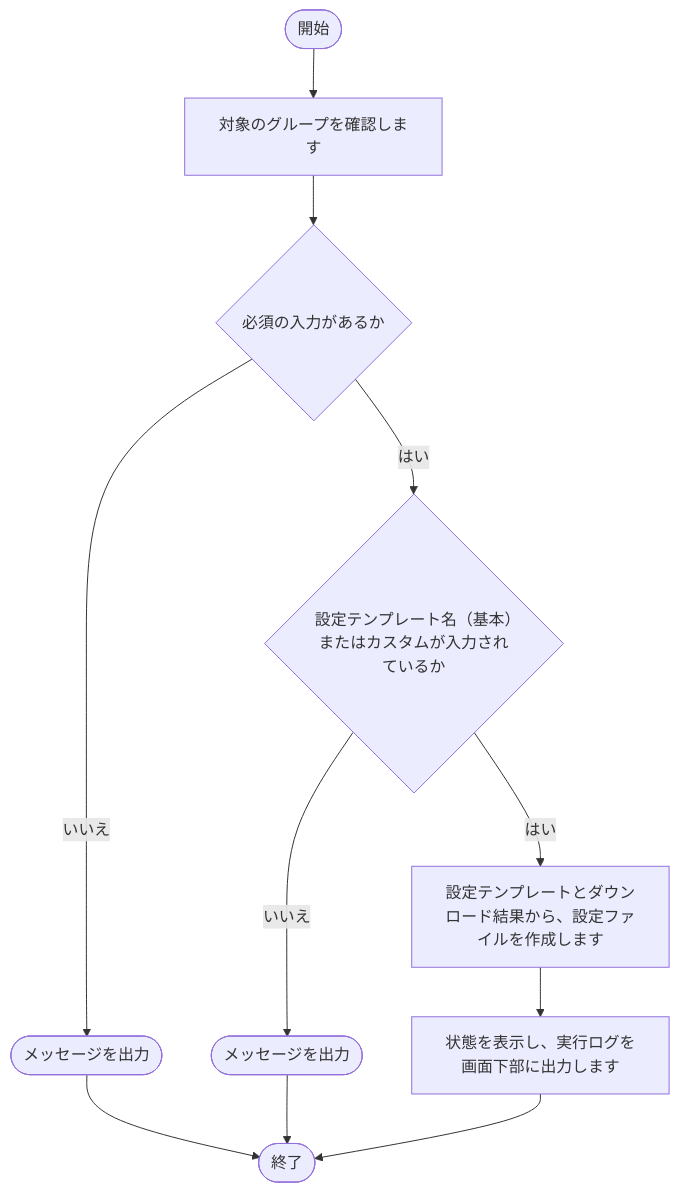
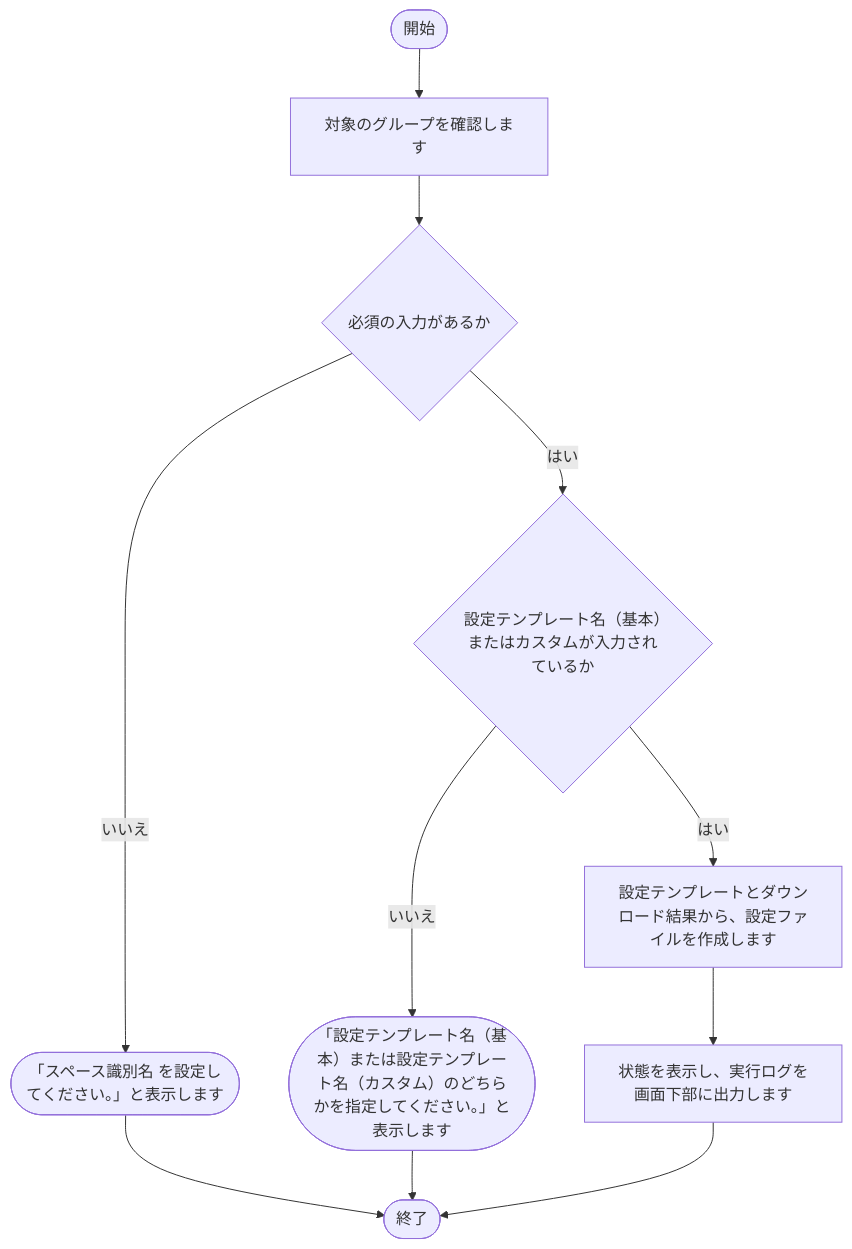
One commit to nishida2073/project_management changed the fifth of 16 diagrams in tool/kintone-resourse-generator/doc/02_設計/処理フロー.md. Above: the diagram before and after it, drawn with Mermaid. The commit also changed other lines of this file and 81 other files, not shown here.

````diff
--- a/tool/kintone-resourse-generator/doc/02_設計/処理フロー.md
+++ b/tool/kintone-resourse-generator/doc/02_設計/処理フロー.md
@@ -172,22 +173,22 @@
 ```mermaid
 flowchart TD
     S(["開始"])
     E(["終了"])
     N1["対象のグループを確認します"]
     S --> N1
     N2{"必須の入力があるか"}
-    X2(["メッセージを出力"])
+    X2(["「スペース識別名 を設定してください。」と表示します"])
     X2 --> E
     N2 -- いいえ --> X2
     N1 --> N2
     N3{"設定テンプレート名（基本）またはカスタムが入力されているか"}
-    X3(["メッセージを出力"])
+    X3(["「設定テンプレート名（基本）または設定テンプレート名（カスタム）のどちらかを指定してください。」と表示します"])
     X3 --> E
     N3 -- いいえ --> X3
     N2 -- はい --> N3
     N4["設定テンプレートとダウンロード結果から、設定ファイルを作成します"]
     N3 -- はい --> N4
     N5["状態を表示し、実行ログを画面下部に出力します"]
     N4 --> N5
     N5 --> E
 ```
````
